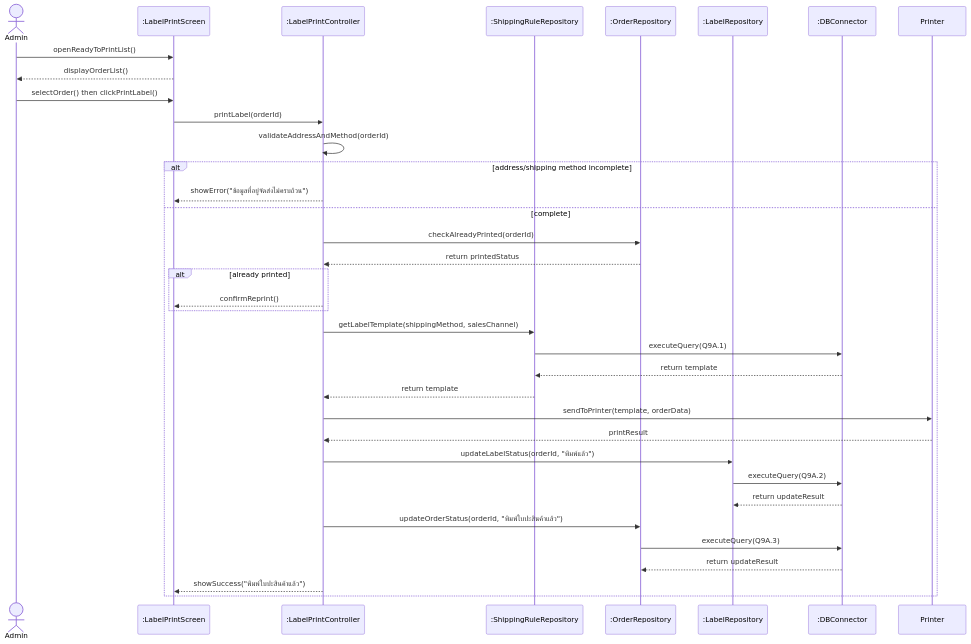
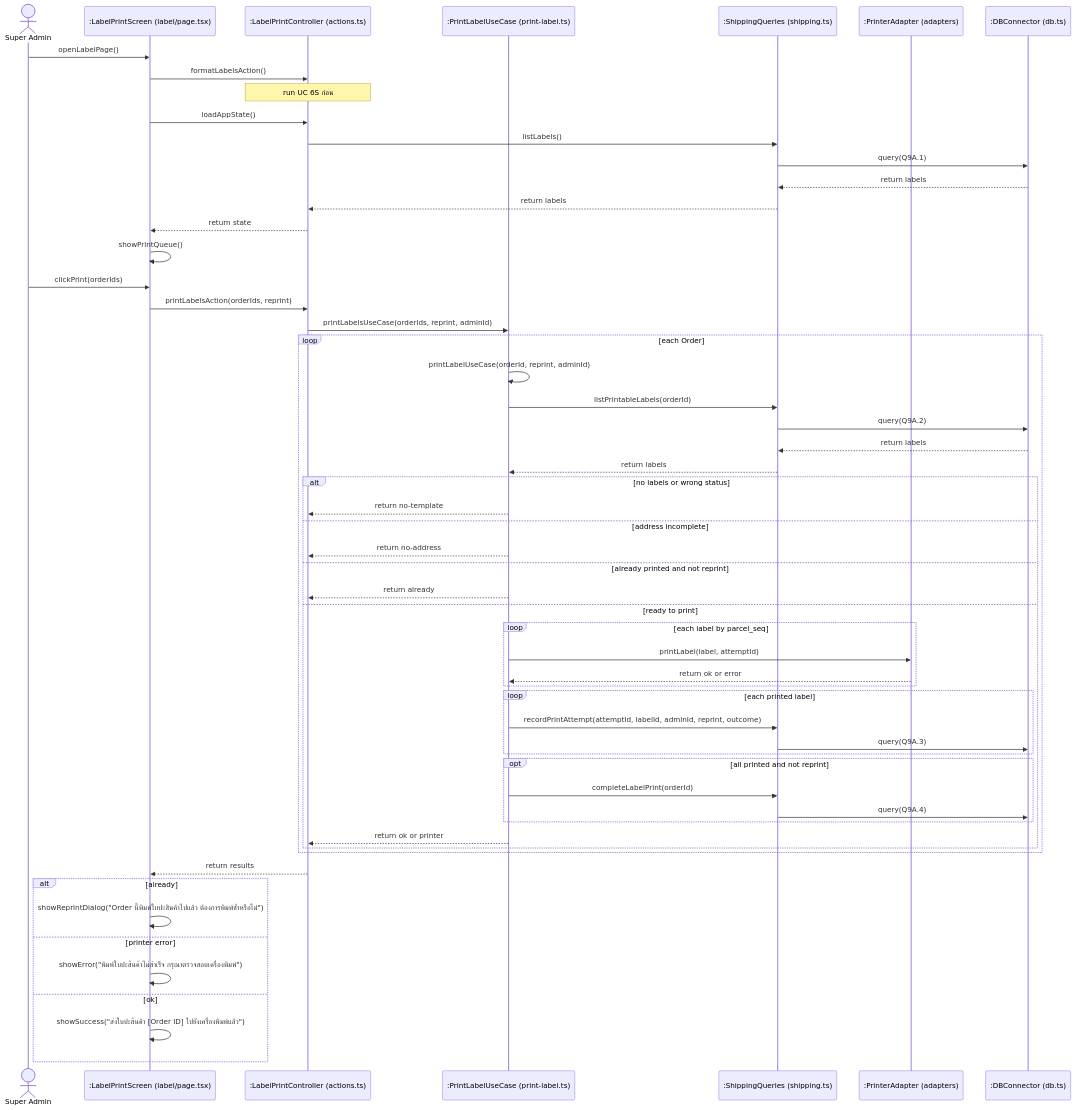
One commit to xbpkdi/321-sa-proj changed the diagram in 03-chapter2-use-case-descriptions/diagrams/mmd/9A-sequence.mmd. Above: the diagram before and after it, drawn with Mermaid. The commit also changed 154 other files, not shown here.

Commit message:
docs: render collaboration with graphviz and split long sequence diagrams

```diff
--- a/03-chapter2-use-case-descriptions/diagrams/mmd/9A-sequence.mmd
+++ b/03-chapter2-use-case-descriptions/diagrams/mmd/9A-sequence.mmd
@@ -1,37 +1,58 @@
 sequenceDiagram
-    actor Admin
-    participant Screen as :LabelPrintScreen
-    participant LPC as :LabelPrintController
-    participant RuleRepo as :ShippingRuleRepository
-    participant OrderRepo as :OrderRepository
-    participant LabelRepo as :LabelRepository
-    participant DB as :DBConnector
-    participant Printer as Printer
+    actor Admin as Super Admin
+    participant V as :LabelPrintScreen (label/page.tsx)
+    participant C as :LabelPrintController (actions.ts)
+    participant UC as :PrintLabelUseCase (print-label.ts)
+    participant SQ as :ShippingQueries (shipping.ts)
+    participant Printer as :PrinterAdapter (adapters)
+    participant DB as :DBConnector (db.ts)
 
-    Admin->>Screen: openReadyToPrintList()
-    Screen-->>Admin: displayOrderList()
-    Admin->>Screen: selectOrder() then clickPrintLabel()
-    Screen->>LPC: printLabel(orderId)
-    LPC->>LPC: validateAddressAndMethod(orderId)
-    alt address/shipping method incomplete
-        LPC-->>Screen: showError("ข้อมูลที่อยู่จัดส่งไม่ครบถ้วน")
-    else complete
-        LPC->>OrderRepo: checkAlreadyPrinted(orderId)
-        OrderRepo-->>LPC: return printedStatus
-        alt already printed
-            LPC-->>Screen: confirmReprint()
+    Admin->>V: openLabelPage()
+    V->>C: formatLabelsAction()
+    Note over C: run UC 6S ก่อน
+    V->>C: loadAppState()
+    C->>SQ: listLabels()
+    SQ->>DB: query(Q9A.1)
+    DB-->>SQ: return labels
+    SQ-->>C: return labels
+    C-->>V: return state
+    V->>V: showPrintQueue()
+    Admin->>V: clickPrint(orderIds)
+    V->>C: printLabelsAction(orderIds, reprint)
+    C->>UC: printLabelsUseCase(orderIds, reprint, adminId)
+    loop each Order
+        UC->>UC: printLabelUseCase(orderId, reprint, adminId)
+        UC->>SQ: listPrintableLabels(orderId)
+        SQ->>DB: query(Q9A.2)
+        DB-->>SQ: return labels
+        SQ-->>UC: return labels
+        alt no labels or wrong status
+            UC-->>C: return no-template
+        else address incomplete
+            UC-->>C: return no-address
+        else already printed and not reprint
+            UC-->>C: return already
+        else ready to print
+            loop each label by parcel_seq
+                UC->>Printer: printLabel(label, attemptId)
+                Printer-->>UC: return ok or error
+            end
+            loop each printed label
+                UC->>SQ: recordPrintAttempt(attemptId, labelId, adminId, reprint, outcome)
+                SQ->>DB: query(Q9A.3)
+            end
+            opt all printed and not reprint
+                UC->>SQ: completeLabelPrint(orderId)
+                SQ->>DB: query(Q9A.4)
+            end
+            UC-->>C: return ok or printer
         end
-        LPC->>RuleRepo: getLabelTemplate(shippingMethod, salesChannel)
-        RuleRepo->>DB: executeQuery(Q9A.1)
-        DB-->>RuleRepo: return template
-        RuleRepo-->>LPC: return template
-        LPC->>Printer: sendToPrinter(template, orderData)
-        Printer-->>LPC: printResult
-        LPC->>LabelRepo: updateLabelStatus(orderId, "พิมพ์แล้ว")
-        LabelRepo->>DB: executeQuery(Q9A.2)
-        DB-->>LabelRepo: return updateResult
-        LPC->>OrderRepo: updateOrderStatus(orderId, "พิมพ์ใบปะสินค้าแล้ว")
-        OrderRepo->>DB: executeQuery(Q9A.3)
-        DB-->>OrderRepo: return updateResult
-        LPC-->>Screen: showSuccess("พิมพ์ใบปะสินค้าแล้ว")
     end
+    C-->>V: return results
+    alt already
+        V->>V: showReprintDialog("Order นี้พิมพ์ใบปะสินค้าไปแล้ว ต้องการพิมพ์ซ้ำหรือไม่")
+    else printer error
+        V->>V: showError("พิมพ์ใบปะสินค้าไม่สำเร็จ กรุณาตรวจสอบเครื่องพิมพ์")
+    else ok
+        V->>V: showSuccess("ส่งใบปะสินค้า [Order ID] ไปยังเครื่องพิมพ์แล้ว")
+    end
```
